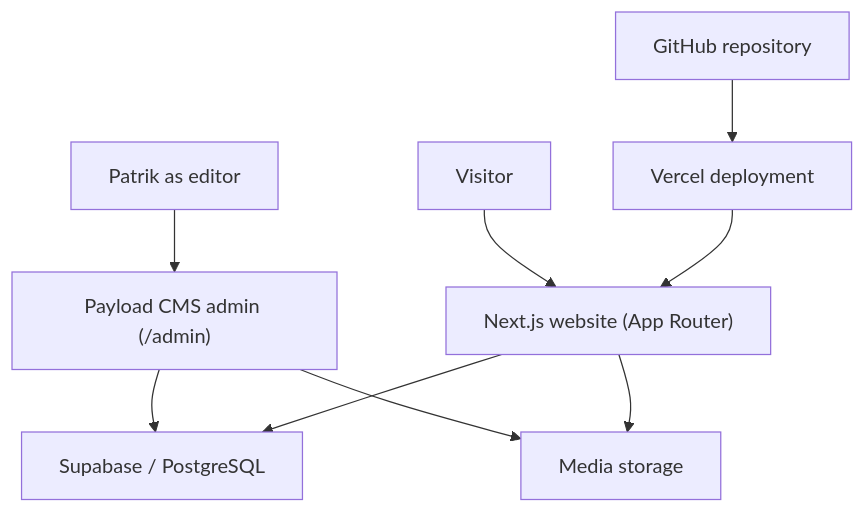
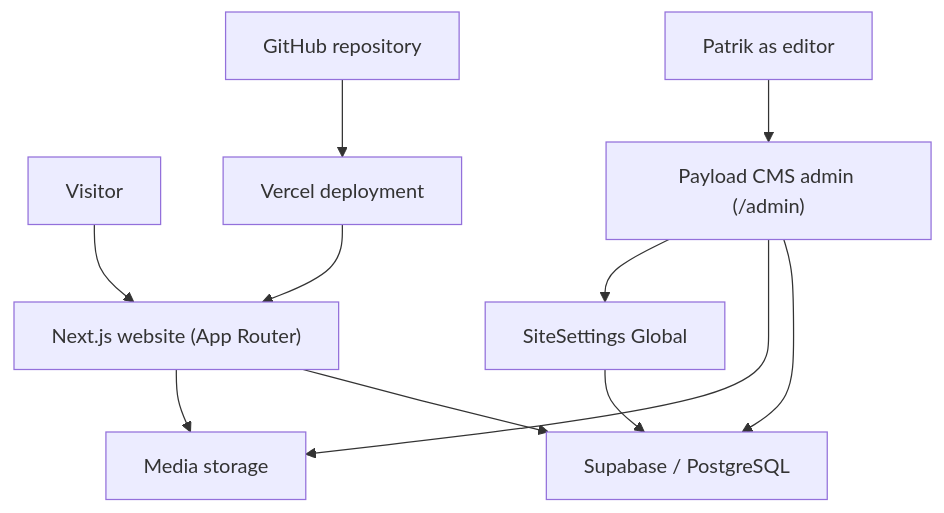
The first of 4 diagrams in docs/ai/SITE_ARCHITECTURE.md (xvonpat/patrik-von-porat-portfolio), drawn with Mermaid before and after one commit. The commit also changed other lines of this file and 5 other files, not shown here.

Commit message:
docs: update architectural documentation, design system, and decision logs

````diff
--- a/docs/ai/SITE_ARCHITECTURE.md
+++ b/docs/ai/SITE_ARCHITECTURE.md
@@ -32,11 +32,13 @@
 ```mermaid
 flowchart TD
     V["Visitor"] --> N["Next.js website (App Router)"]
     E["Patrik as editor"] --> P["Payload CMS admin (/admin)"]
     P --> D["Supabase / PostgreSQL"]
     P --> M["Media storage"]
+    P --> S["SiteSettings Global"]
+    S --> D
     N --> D
     N --> M
     G["GitHub repository"] --> H["Vercel deployment"]
     H --> N
 ```
````
